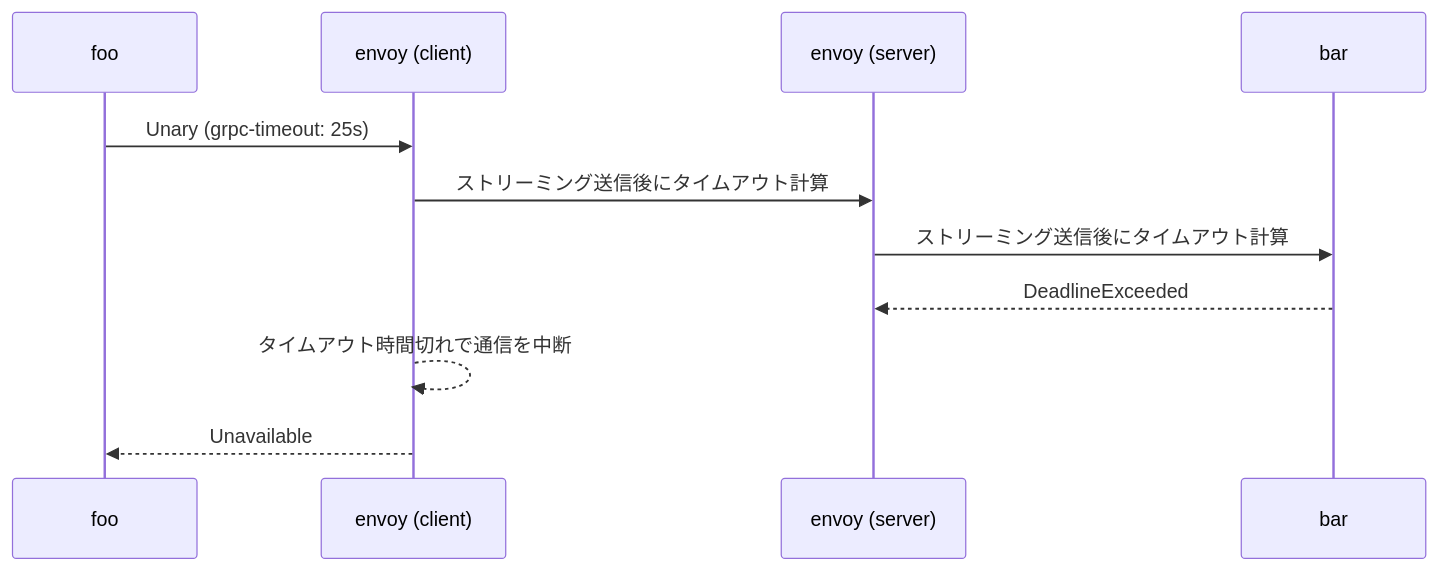
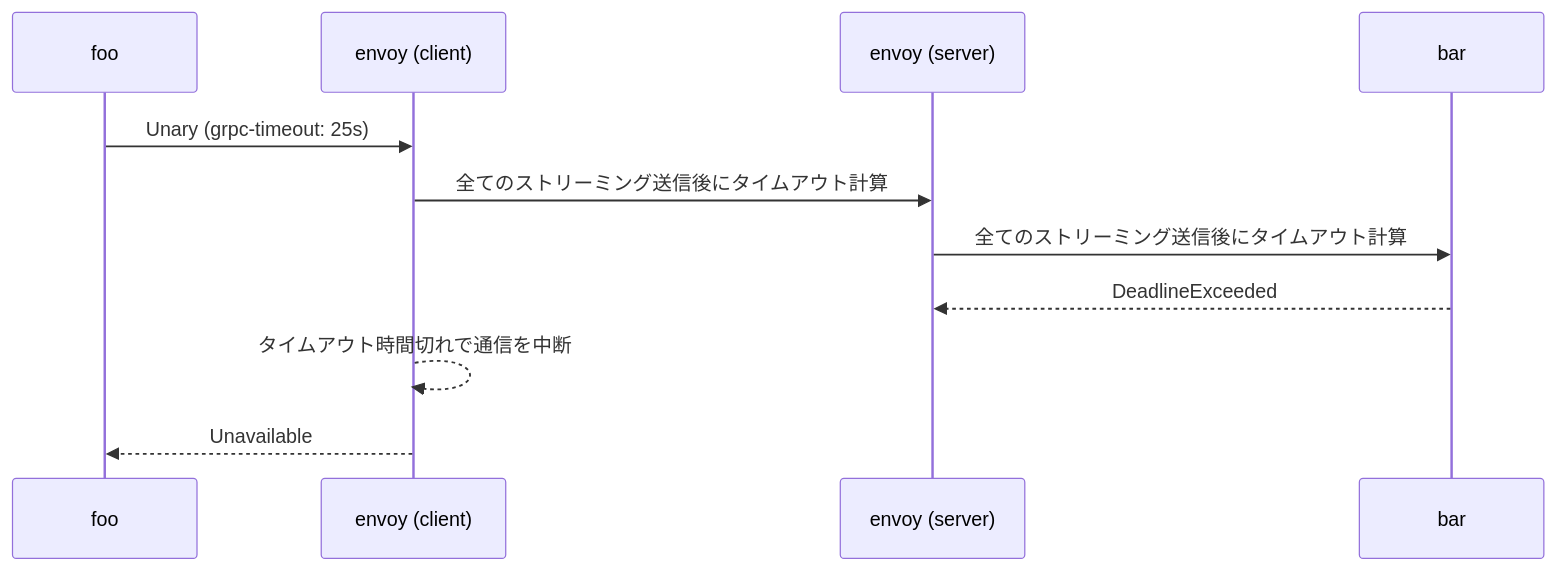
One commit to hiroki-it/tech-notebook changed the second of 2 diagrams in docs/software/software_middleware_service_mesh_envoy_envoy_yaml.md. Above: the diagram before and after it, drawn with Mermaid. The commit also changed other lines of this file, not shown here.

````diff
--- a/docs/software/software_middleware_service_mesh_envoy_envoy_yaml.md
+++ b/docs/software/software_middleware_service_mesh_envoy_envoy_yaml.md
@@ -371,11 +371,11 @@
 ```mermaid
 sequenceDiagram
 
     foo->>envoy (client): Unary (grpc-timeout: 25s)
-    envoy (client)->>envoy (server): ストリーミング送信後にタイムアウト計算
-    envoy (server)->>bar: ストリーミング送信後にタイムアウト計算
+    envoy (client)->>envoy (server): 全てのストリーミング送信後にタイムアウト計算
+    envoy (server)->>bar: 全てのストリーミング送信後にタイムアウト計算
 
     bar-->>envoy (server): DeadlineExceeded
     envoy (client)-->>envoy (client): タイムアウト時間切れで通信を中断
     envoy (client)-->>foo: Unavailable
 ```
````
